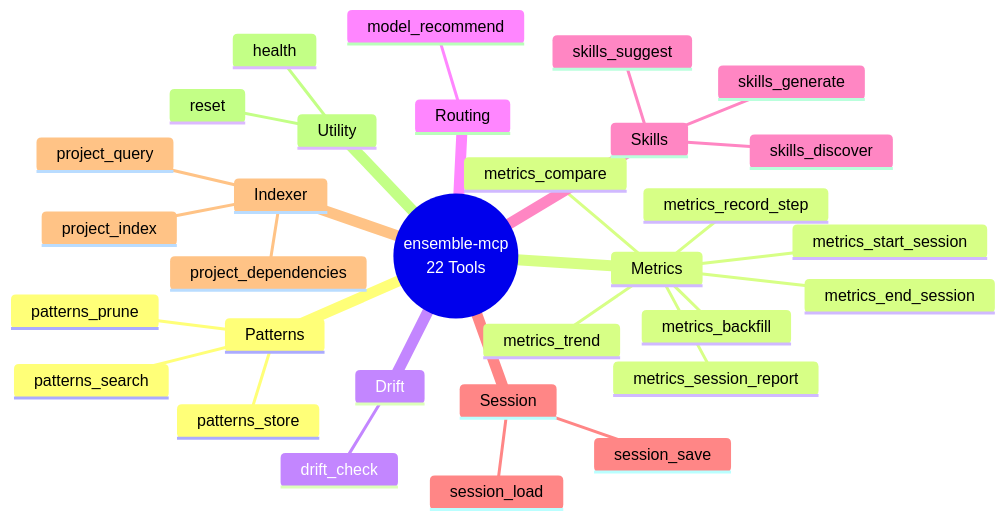
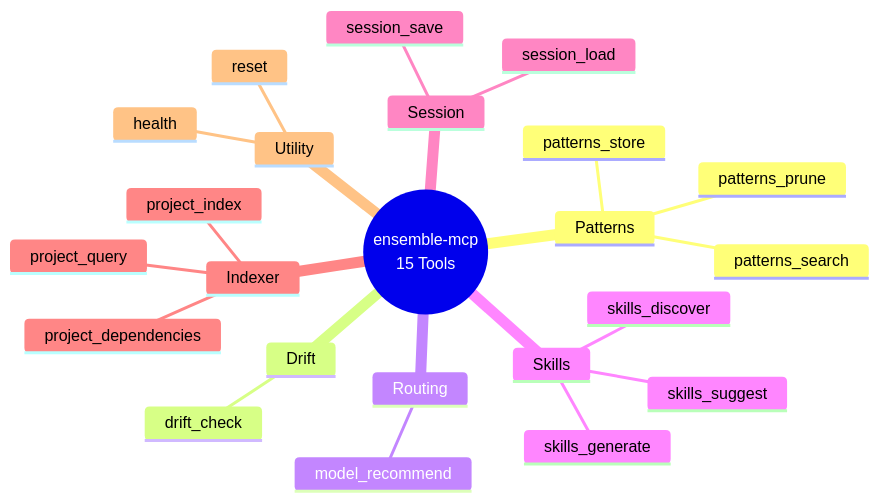
One commit to LynkByte/ensemble changed the second of 2 diagrams in docs/README.md. Above: the diagram before and after it, drawn with Mermaid. The commit also changed other lines of this file and 44 other files, not shown here.

````diff
--- a/docs/README.md
+++ b/docs/README.md
@@ -185,34 +180,26 @@
 ```mermaid
 mindmap
-    root((ensemble-mcp<br/>22 Tools))
+    root((ensemble-mcp<br/>15 Tools))
         Patterns
             patterns_search
             patterns_store
             patterns_prune
-        Metrics
-            metrics_start_session
-            metrics_record_step
-            metrics_end_session
-            metrics_session_report
-            metrics_trend
-            metrics_compare
-            metrics_backfill
         Drift
             drift_check
         Routing
             model_recommend
         Skills
             skills_discover
             skills_suggest
             skills_generate
         Session
             session_save
             session_load
         Indexer
             project_index
             project_query
             project_dependencies
         Utility
             health
             reset
 ```
````
